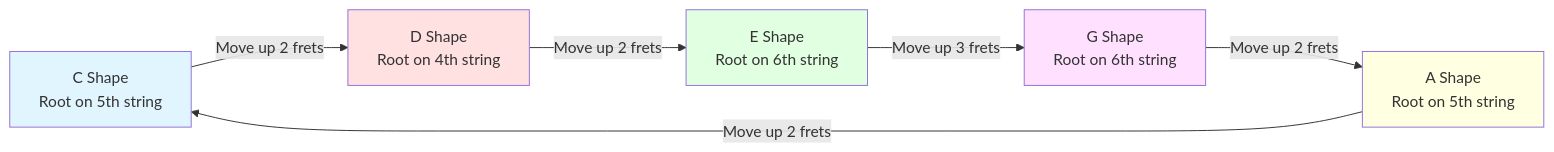
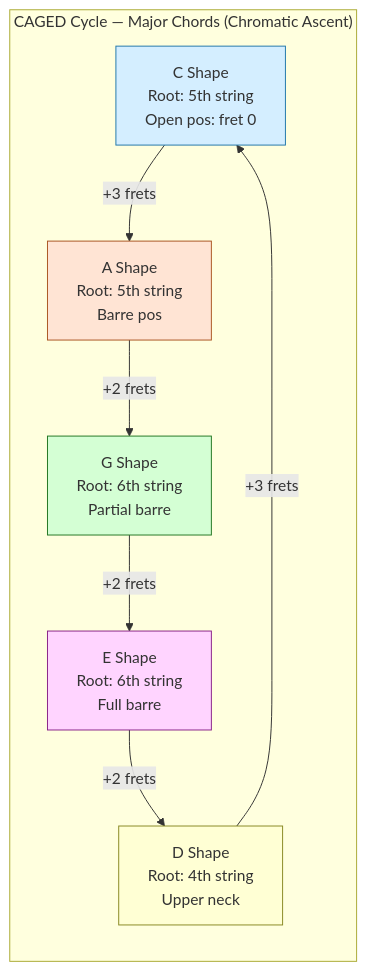
The first of 6 diagrams in topics/arts/music_performance/acoustic_guitar/lesson_02_chords_and_strumming.md (blebleblee/synapse), drawn with Mermaid before and after one commit. The commit also changed other lines of this file and 4 other files, not shown here.

````diff
--- a/topics/arts/music_performance/acoustic_guitar/lesson_02_chords_and_strumming.md
+++ b/topics/arts/music_performance/acoustic_guitar/lesson_02_chords_and_strumming.md
@@ -47,14 +86,22 @@
 ```mermaid
 graph LR
-    C["C Shape<br/>Root on 5th string"] -->|"Move up 2 frets"| D["D Shape<br/>Root on 4th string"]
-    D -->|"Move up 2 frets"| E["E Shape<br/>Root on 6th string"]
-    E -->|"Move up 3 frets"| G["G Shape<br/>Root on 6th string"]
-    G -->|"Move up 2 frets"| A["A Shape<br/>Root on 5th string"]
-    A -->|"Move up 2 frets"| C
-    
-    style C fill:#e1f5ff
-    style D fill:#ffe1e1
-    style E fill:#e1ffe1
-    style G fill:#ffe1ff
-    style A fill:#ffffe1
+    subgraph sub_caged ["CAGED Cycle — Major Chords (Chromatic Ascent)"]
+        C["C Shape<br/>Root: 5th string<br/>Open pos: fret 0"]
+        A["A Shape<br/>Root: 5th string<br/>Barre pos"]
+        G["G Shape<br/>Root: 6th string<br/>Partial barre"]
+        E["E Shape<br/>Root: 6th string<br/>Full barre"]
+        D["D Shape<br/>Root: 4th string<br/>Upper neck"]
+    end
+
+    C -->|"+3 frets"| A
+    A -->|"+2 frets"| G
+    G -->|"+2 frets"| E
+    E -->|"+2 frets"| D
+    D -->|"+3 frets"| C
+
+    style C fill:#d4eeff,stroke:#2277aa
+    style A fill:#ffe4d4,stroke:#aa5522
+    style G fill:#d4ffd4,stroke:#227722
+    style E fill:#ffd4ff,stroke:#882288
+    style D fill:#ffffd4,stroke:#888822
 ```
````
